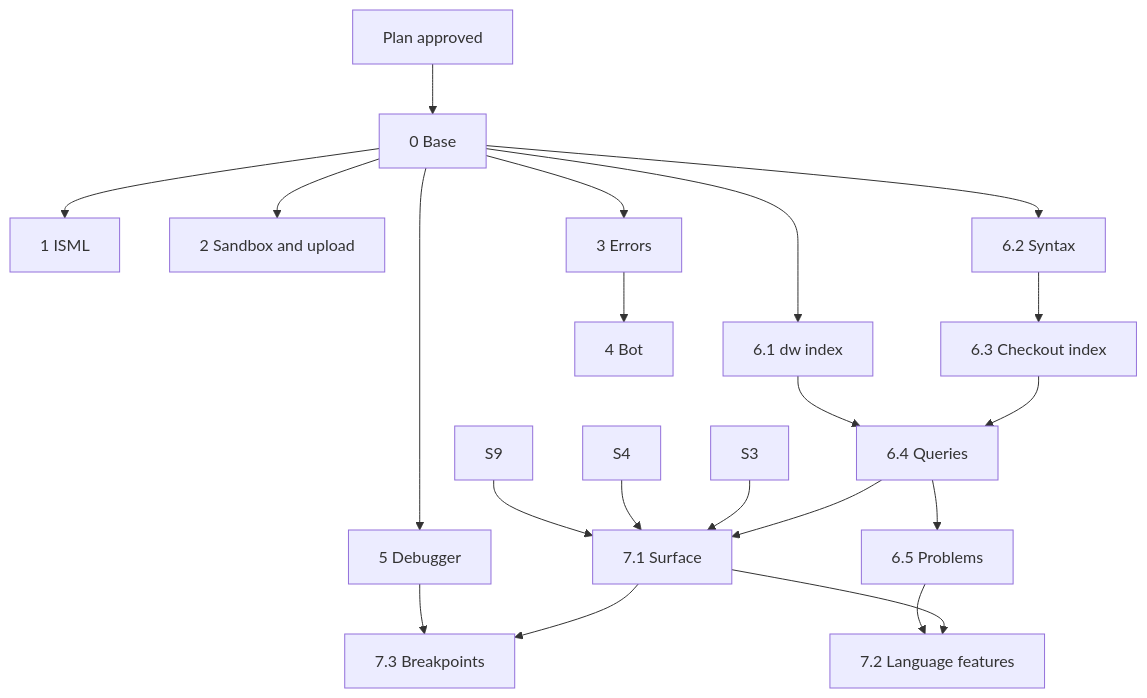
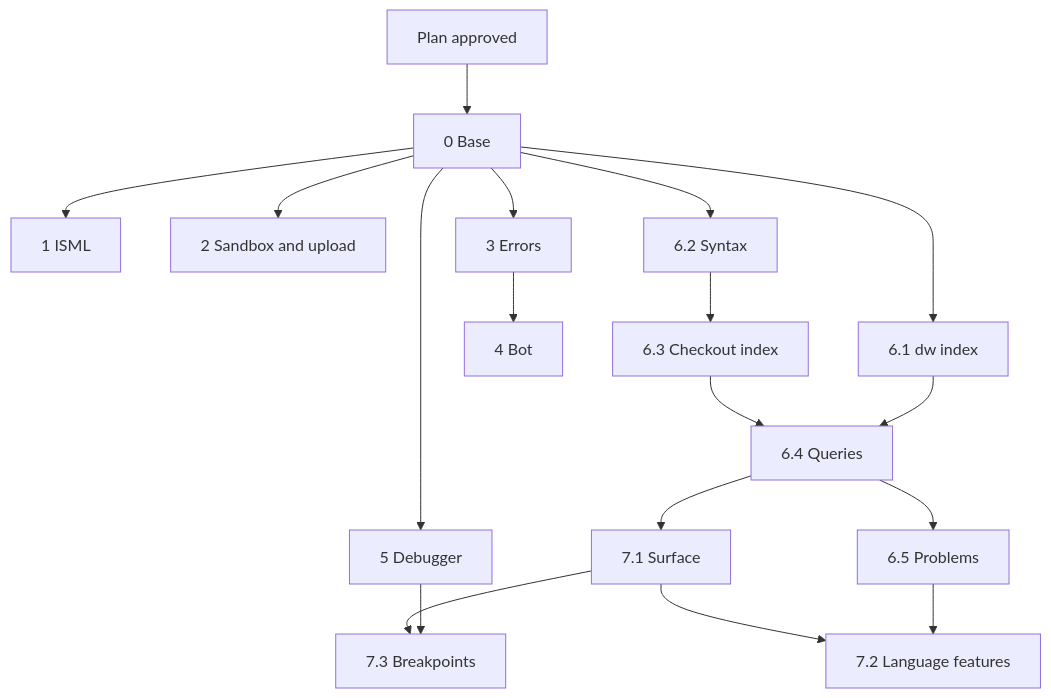
The diagram in docs/plan.md (moilolon/orca-sfcc-tools), drawn with Mermaid before and after one commit. The commit also changed other lines of this file, not shown here.

````diff
--- a/docs/plan.md
+++ b/docs/plan.md
@@ -482,19 +485,18 @@
 ```mermaid
 graph TD
   PLAN[Plan approved] --> P0[0 Base]
   P0 --> P1[1 ISML]
   P0 --> P2[2 Sandbox and upload]
   P0 --> P3[3 Errors]
   P0 --> P5[5 Debugger]
   P0 --> P61[6.1 dw index]
   P0 --> P62[6.2 Syntax]
   P3 --> P4[4 Bot]
   P62 --> P63[6.3 Checkout index] --> P64[6.4 Queries] --> P65[6.5 Problems]
   P61 --> P64
   P64 --> P71[7.1 Surface]
-  S3 & S4 & S9 --> P71
   P71 --> P72[7.2 Language features]
   P65 --> P72
   P71 --> P73[7.3 Breakpoints]
   P5 --> P73
 ```
````
